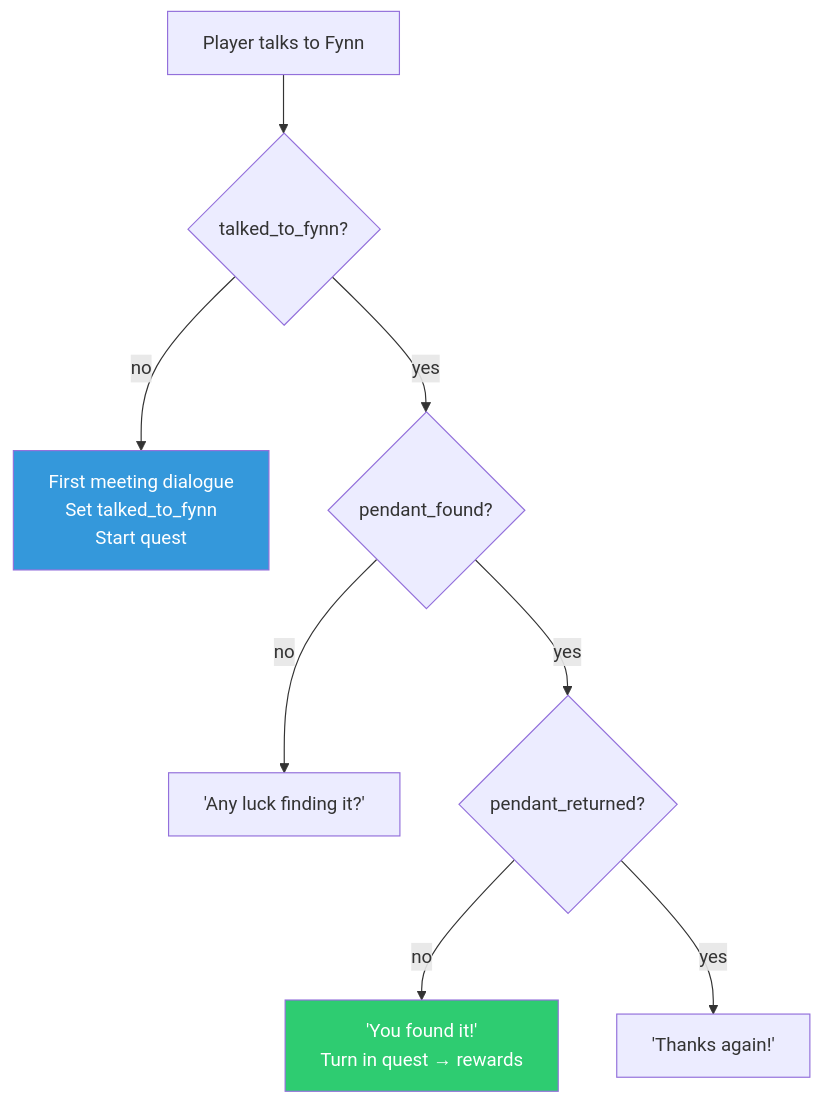
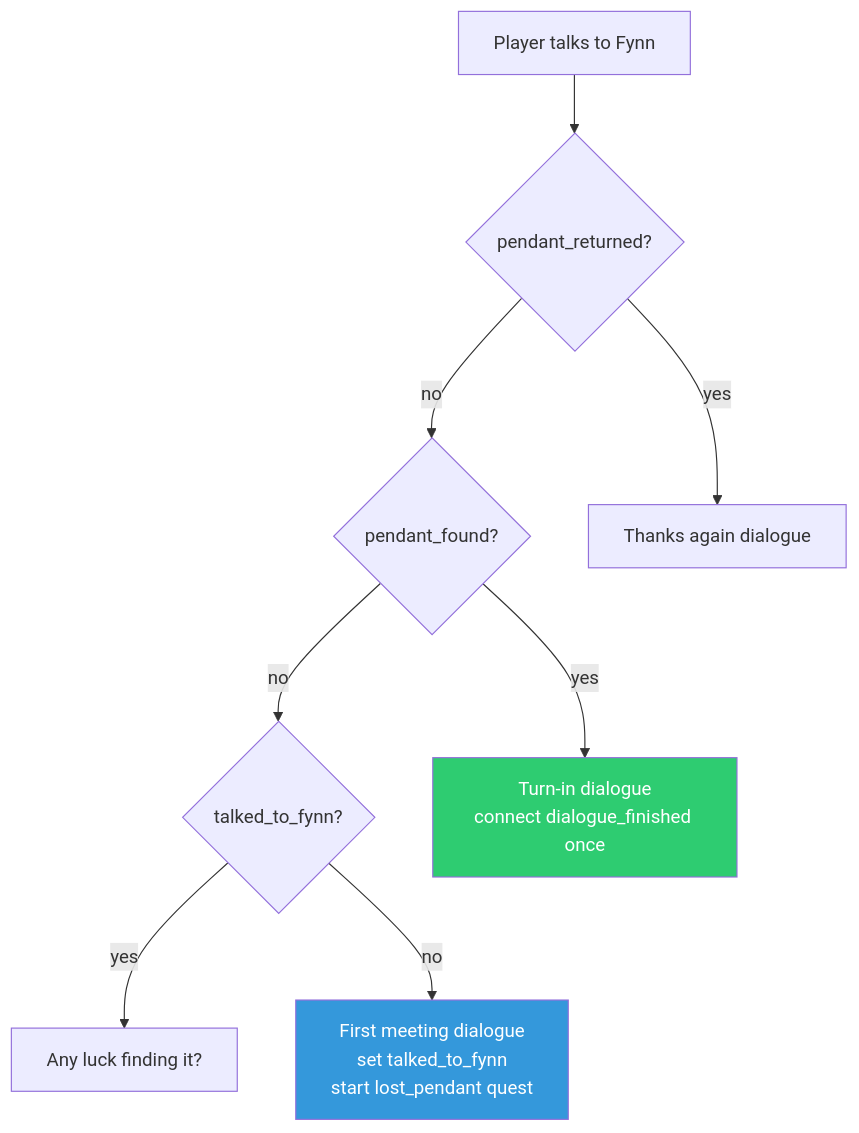
Before and after one commit to Jorge-D-Robles/gemini-fantasy: diagram 37 of 50 in tutorial/diagrams.md, drawn with Mermaid. The commit also changed other lines of this file and 24 other files, not shown here.

Commit message:
Refine tutorial Mermaid diagrams

````diff
--- a/tutorial/diagrams.md
+++ b/tutorial/diagrams.md
@@ -731,13 +871,22 @@
 ```mermaid
 graph TD
-    Talk["Player talks to Fynn"] --> Check1{"talked_to_fynn?"}
-    Check1 -->|no| First["First meeting dialogue\nSet talked_to_fynn\nStart quest"]
-    Check1 -->|yes| Check2{"pendant_found?"}
-    Check2 -->|no| Wait["'Any luck finding it?'"]
-    Check2 -->|yes| Check3{"pendant_returned?"}
-    Check3 -->|no| TurnIn["'You found it!'\nTurn in quest → rewards"]
-    Check3 -->|yes| Post["'Thanks again!'"]
+    Talk["Player talks to Fynn"]
+    Returned{"pendant_returned?"}
+    Found{"pendant_found?"}
+    Met{"talked_to_fynn?"}
+    Thanks["Thanks again dialogue"]
+    TurnIn["Turn-in dialogue\nconnect dialogue_finished once"]
+    Waiting["Any luck finding it?"]
+    First["First meeting dialogue\nset talked_to_fynn\nstart lost_pendant quest"]
 
+    Talk --> Returned
+    Returned -->|yes| Thanks
+    Returned -->|no| Found
+    Found -->|yes| TurnIn
+    Found -->|no| Met
+    Met -->|yes| Waiting
+    Met -->|no| First
+
+    style TurnIn fill:#2ecc71,color:#fff
     style First fill:#3498db,color:#fff
-    style TurnIn fill:#2ecc71,color:#fff
 ```
````
